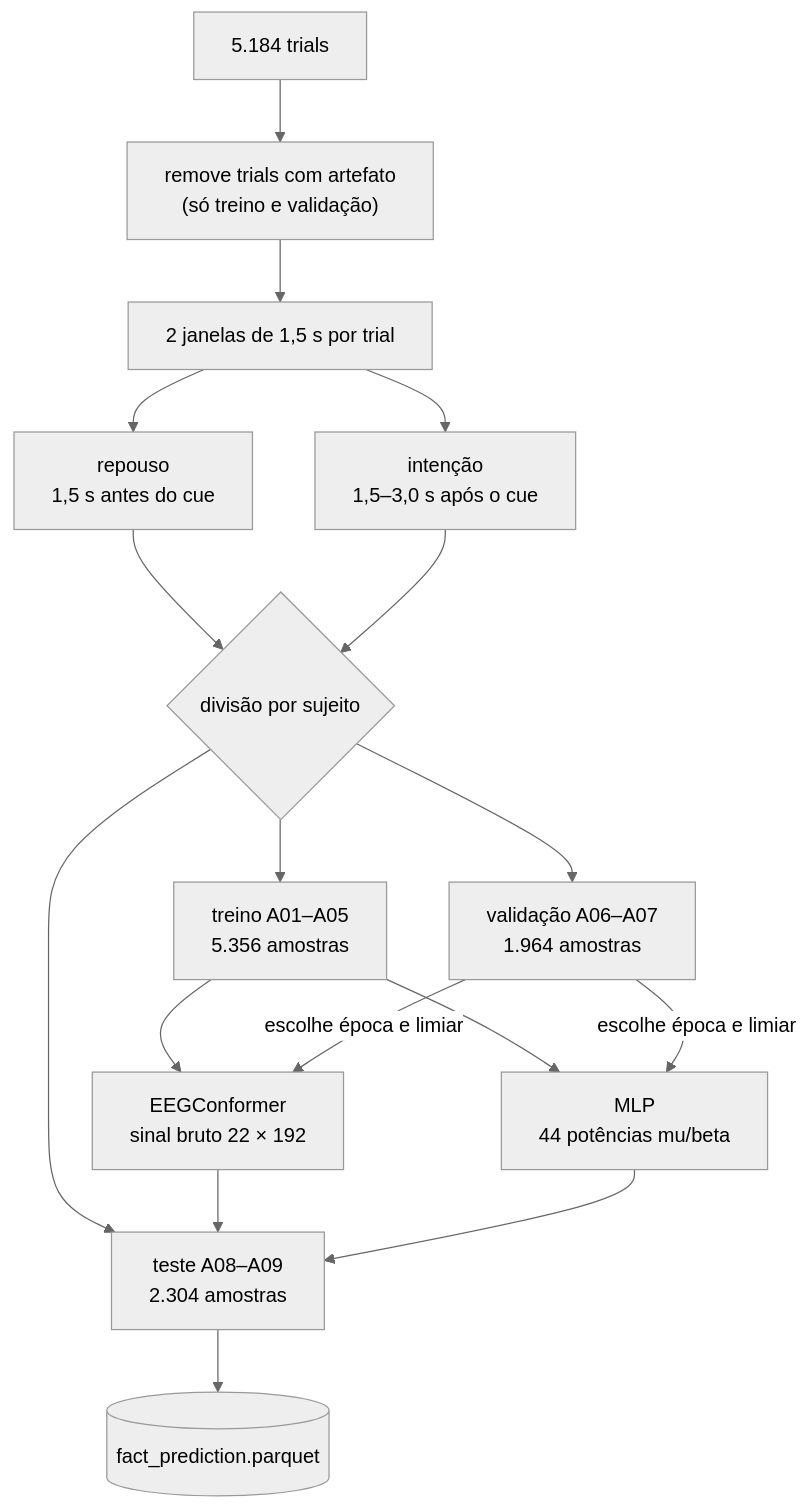
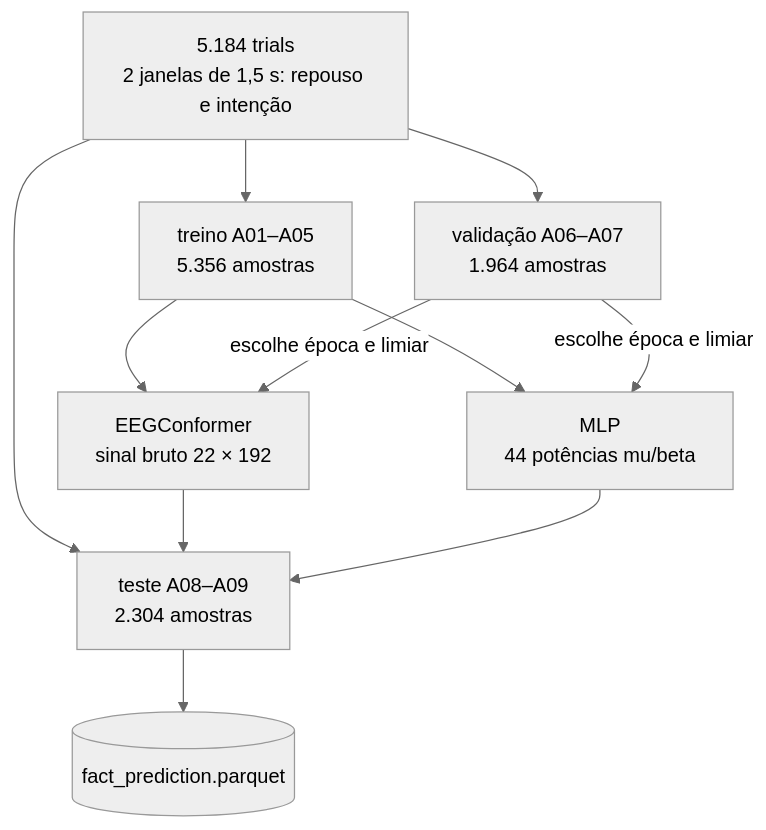
Before and after one commit to kafb04/data-engineering-multimodal-ai: the fourth of 8 diagrams in README.md, drawn with Mermaid (neutral theme). The commit also changed other lines of this file, not shown here.

````diff
--- a/README.md
+++ b/README.md
@@ -138,16 +138,12 @@
 ```mermaid
 flowchart TD
-    A["5.184 trials"] --> B["remove trials com artefato<br/>(só treino e validação)"]
-    B --> C["2 janelas de 1,5 s por trial"]
-    C --> R["repouso<br/>1,5 s antes do cue"]
-    C --> I["intenção<br/>1,5–3,0 s após o cue"]
-    R & I --> S{"divisão por sujeito"}
-    S --> TR["treino A01–A05<br/>5.356 amostras"]
-    S --> VA["validação A06–A07<br/>1.964 amostras"]
-    S --> TE["teste A08–A09<br/>2.304 amostras"]
+    A["5.184 trials<br/>2 janelas de 1,5 s: repouso e intenção"]
+    A --> TR["treino A01–A05<br/>5.356 amostras"]
+    A --> VA["validação A06–A07<br/>1.964 amostras"]
+    A --> TE["teste A08–A09<br/>2.304 amostras"]
     TR --> M1["EEGConformer<br/>sinal bruto 22 × 192"]
     TR --> M2["MLP<br/>44 potências mu/beta"]
     VA -->|"escolhe época e limiar"| M1 & M2
     M1 & M2 --> TE
     TE --> P[("fact_prediction.parquet")]
 ```
````
